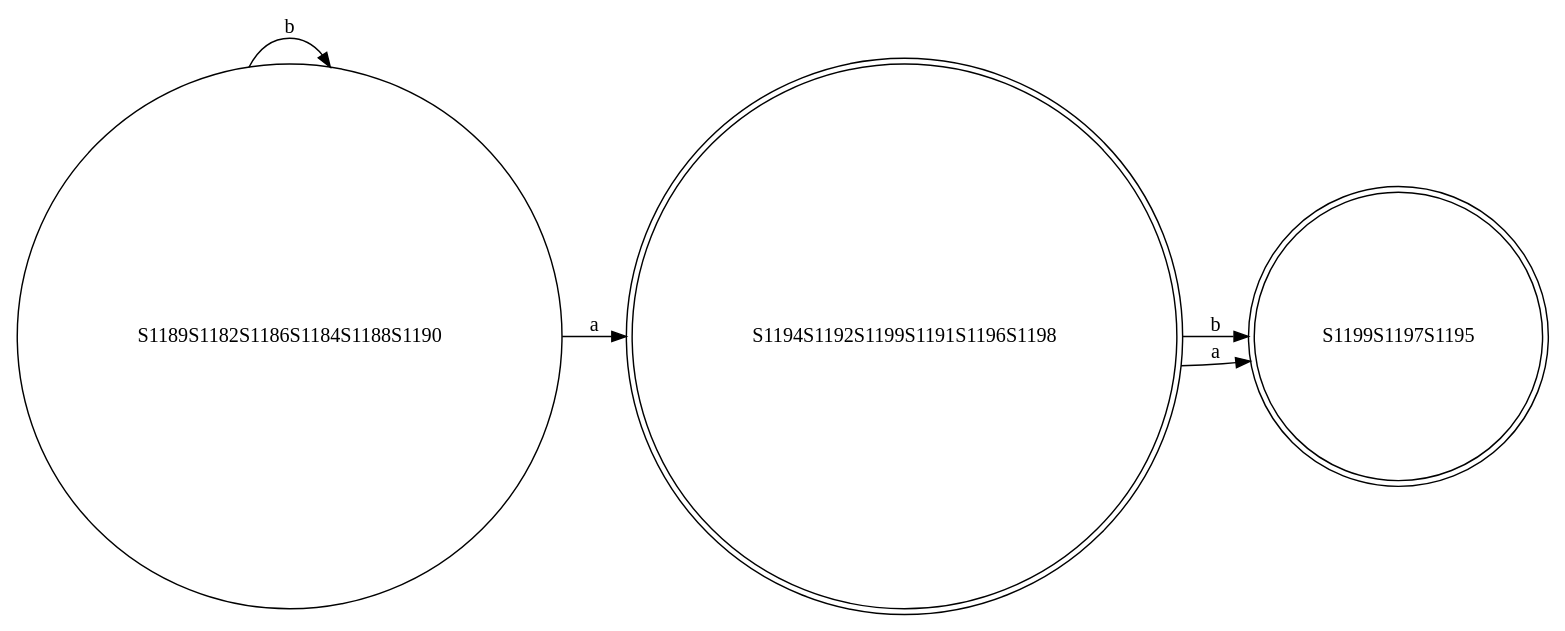
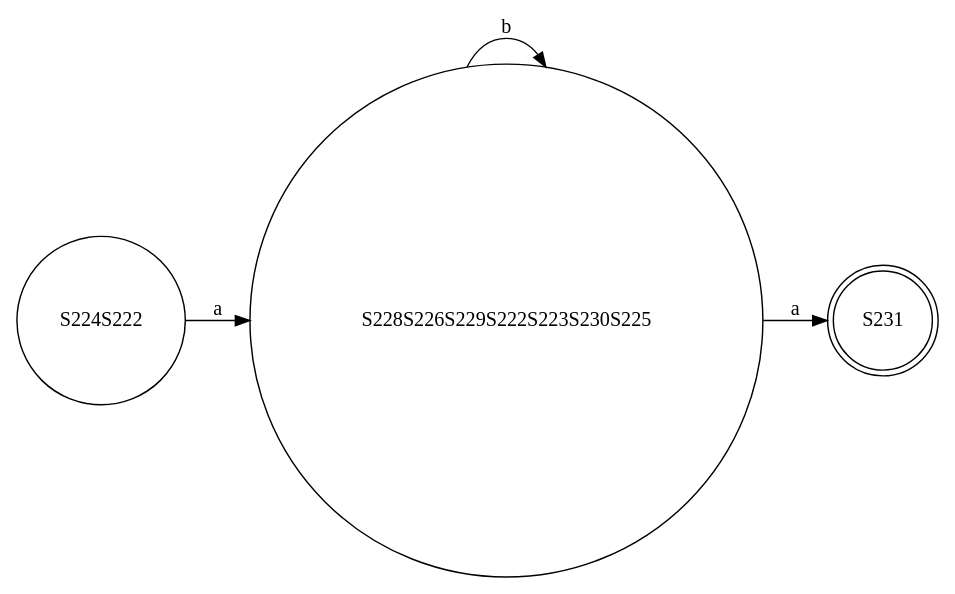
Before and after one commit to abdelazizSalah/RegExp_NFA_DFA_DFAMinimization: the diagram in finalCode/test-output/minimizedDFA.gv, drawn with Graphviz. The commit also changed 9 other files, not shown here.

```diff
--- a/finalCode/test-output/minimizedDFA.gv
+++ b/finalCode/test-output/minimizedDFA.gv
@@ -1,11 +1,10 @@
 // Minimized DFA graph
 digraph {
 	graph [rankdir=LR]
-	S1189S1182S1186S1184S1188S1190 [label=S1189S1182S1186S1184S1188S1190 shape=circle]
-	S1189S1182S1186S1184S1188S1190 -> S1194S1192S1199S1191S1196S1198 [label=a]
-	S1189S1182S1186S1184S1188S1190 -> S1189S1182S1186S1184S1188S1190 [label=b]
-	S1194S1192S1199S1191S1196S1198 [label=S1194S1192S1199S1191S1196S1198 shape=doublecircle]
-	S1194S1192S1199S1191S1196S1198 -> S1199S1197S1195 [label=b]
-	S1194S1192S1199S1191S1196S1198 -> S1199S1197S1195 [label=a]
-	S1199S1197S1195 [label=S1199S1197S1195 shape=doublecircle]
+	S224S222 [label=S224S222 shape=circle]
+	S224S222 -> S228S226S229S222S223S230S225 [label=a]
+	S228S226S229S222S223S230S225 [label=S228S226S229S222S223S230S225 shape=circle]
+	S228S226S229S222S223S230S225 -> S228S226S229S222S223S230S225 [label=b]
+	S228S226S229S222S223S230S225 -> S231 [label=a]
+	S231 [label=S231 shape=doublecircle]
 }
```
